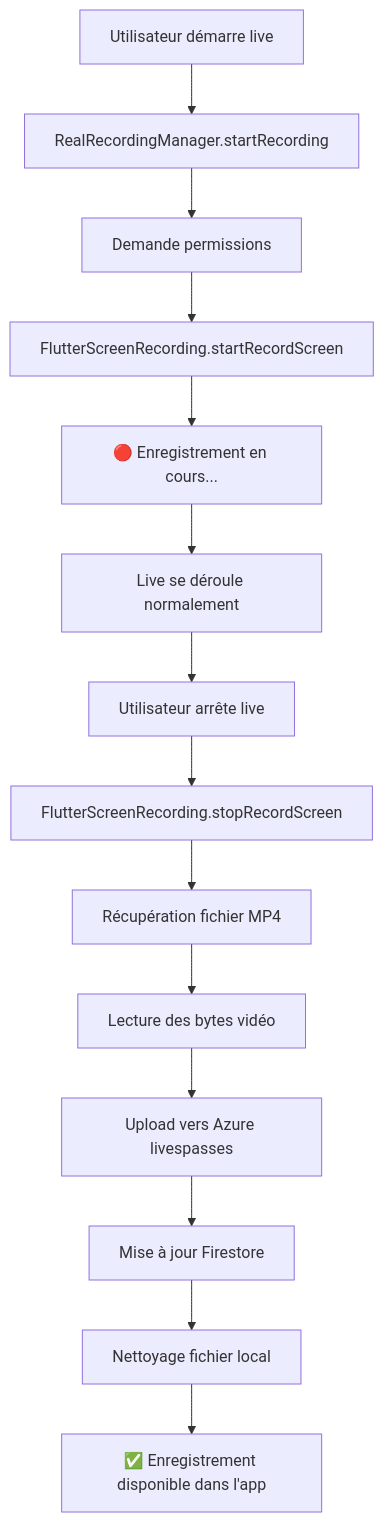
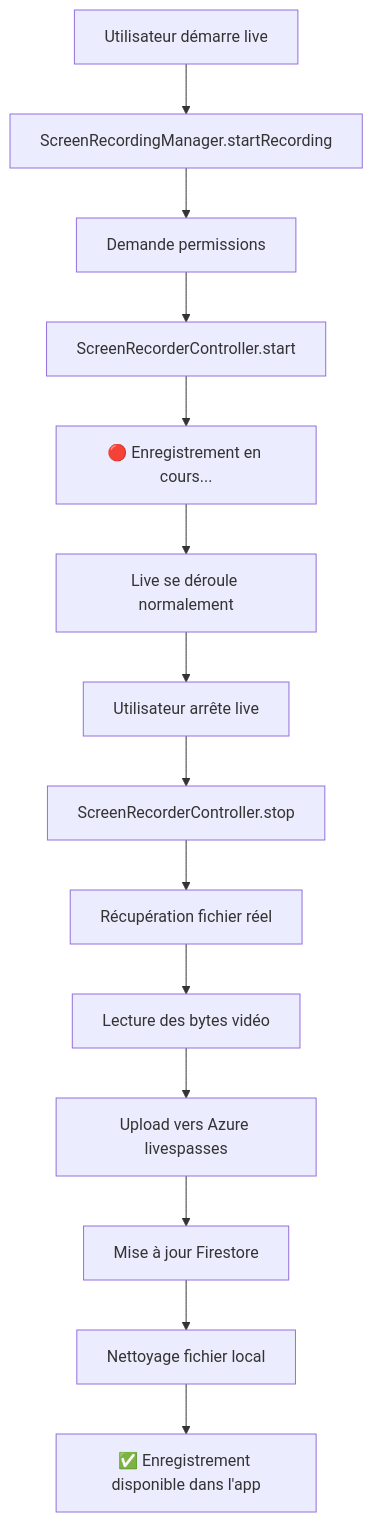
One commit to ABP01/streamyz changed the diagram in REAL_RECORDING_GUIDE.md. Above: the diagram before and after it, drawn with Mermaid. The commit also changed 16 other files, not shown here.

First line of the commit message:
feat: Implement complete screen recording system with Azure integration

````diff
--- a/REAL_RECORDING_GUIDE.md
+++ b/REAL_RECORDING_GUIDE.md
@@ -109,16 +109,16 @@
 ```mermaid
 graph TD
-    A[Utilisateur démarre live] --> B[RealRecordingManager.startRecording]
+    A[Utilisateur démarre live] --> B[ScreenRecordingManager.startRecording]
     B --> C[Demande permissions]
-    C --> D[FlutterScreenRecording.startRecordScreen]
+    C --> D[ScreenRecorderController.start]
     D --> E[🔴 Enregistrement en cours...]
     E --> F[Live se déroule normalement]
     F --> G[Utilisateur arrête live]
-    G --> H[FlutterScreenRecording.stopRecordScreen]
-    H --> I[Récupération fichier MP4]
+    G --> H[ScreenRecorderController.stop]
+    H --> I[Récupération fichier réel]
     I --> J[Lecture des bytes vidéo]
     J --> K[Upload vers Azure livespasses]
     K --> L[Mise à jour Firestore]
     L --> M[Nettoyage fichier local]
     M --> N[✅ Enregistrement disponible dans l'app]
 ```
````
